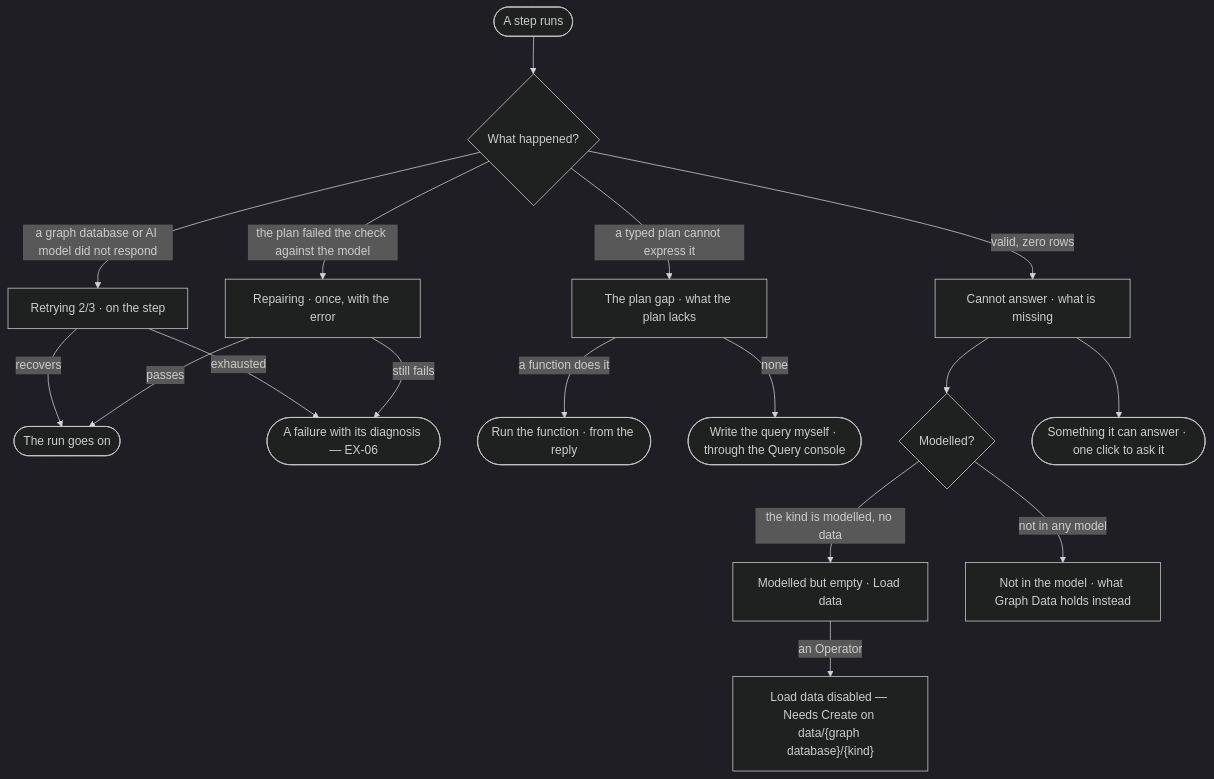
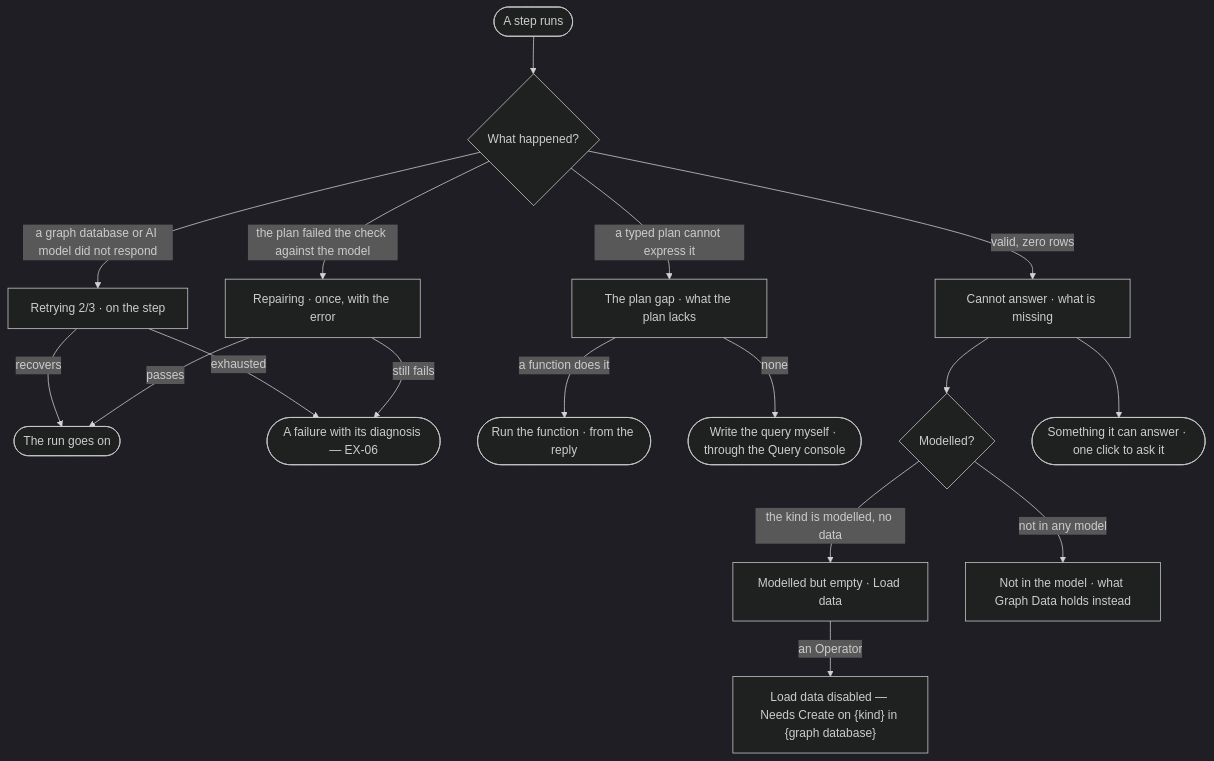
One commit to invana/invana changed the diagram in specs/capabilities/explore/features/EX-F05-when-it-cannot-answer-and-how-it-reasons/stories/EX-05-be-told-when-the-graph-cannot-answer/story.md. Above: the diagram before and after it, drawn with Mermaid (dark theme). The commit also changed other lines of this file and 127 other files, not shown here.

````diff
--- a/specs/capabilities/explore/features/EX-F05-when-it-cannot-answer-and-how-it-reasons/stories/EX-05-be-told-when-the-graph-cannot-answer/story.md
+++ b/specs/capabilities/explore/features/EX-F05-when-it-cannot-answer-and-how-it-reasons/stories/EX-05-be-told-when-the-graph-cannot-answer/story.md
@@ -27,19 +27,19 @@
 ```mermaid
 flowchart TD
   a([A step runs]) --> b{What happened?}
   b -->|a graph database or AI model did not respond| r["Retrying 2/3 · on the step"]
   r -->|recovers| ok([The run goes on])
   r -->|exhausted| f(["A failure with its diagnosis — EX-06"])
   b -->|the plan failed the check against the model| rp["Repairing · once, with the error"]
   rp -->|passes| ok
   rp -->|still fails| f
   b -->|a typed plan cannot express it| gap["The plan gap · what the plan lacks"]
   gap -->|a function does it| fn(["Run the function · from the reply"])
   gap -->|none| wq(["Write the query myself · through the Query console"])
   b -->|valid, zero rows| ca["Cannot answer · what is missing"]
   ca --> m{Modelled?}
   m -->|the kind is modelled, no data| me["Modelled but empty · Load data"]
   m -->|not in any model| nm["Not in the model · what Graph Data holds instead"]
-  me -->|an Operator| na["Load data disabled — Needs Create on data/{graph database}/{kind}"]
+  me -->|an Operator| na["Load data disabled — Needs Create on {kind} in {graph database}"]
   ca --> ask(["Something it can answer · one click to ask it"])
 ```
````
